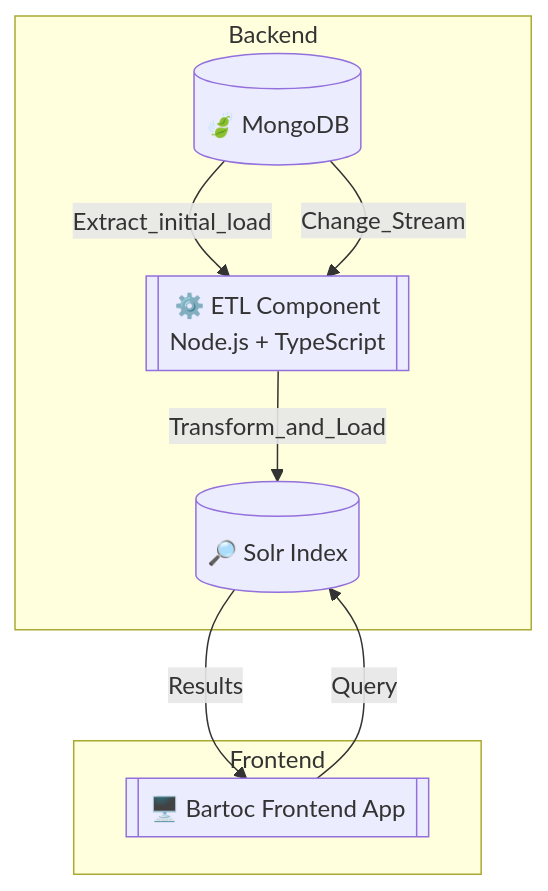
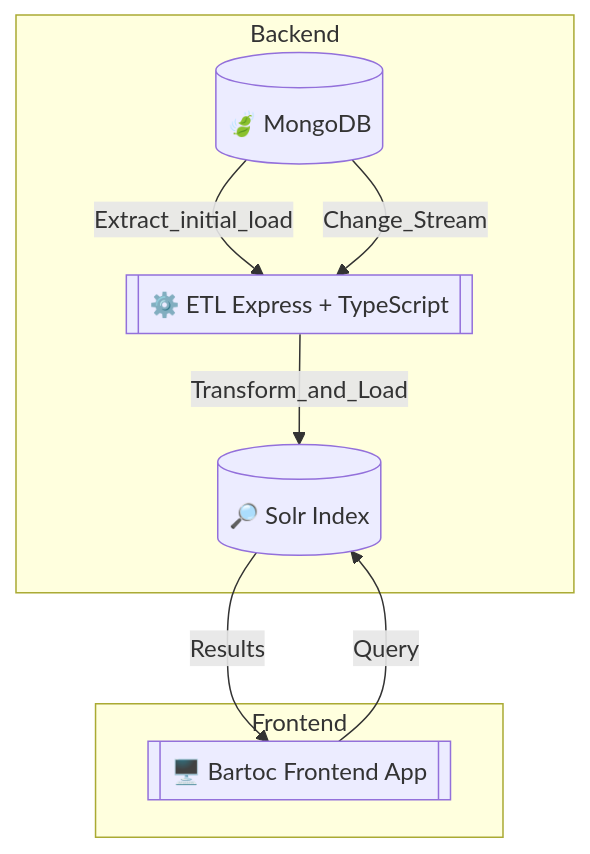
Before and after one commit to gbv/bartoc-etl: the diagram in README.md, drawn with Mermaid. The commit also changed other lines of this file and 7 other files, not shown here.

```diff
--- a/README.md
+++ b/README.md
@@ -5,18 +5,18 @@
 ~~~mermaid
 graph TD
   subgraph Backend
     A[(🍃 MongoDB)]
-    B[[⚙️ ETL Component\nNode.js + TypeScript]]
+    B[[⚙️ ETL Express + TypeScript]]
     C[(🔎 Solr Index)]
   end
 
   subgraph Frontend
     D[[🖥️ Bartoc Frontend App]]
   end
 
   A -->|Extract_initial_load| B
   A -- Change_Stream --> B
   B -->|Transform_and_Load| C
   D -->|Query| C
   C -->|Results| D
 ~~~
```
